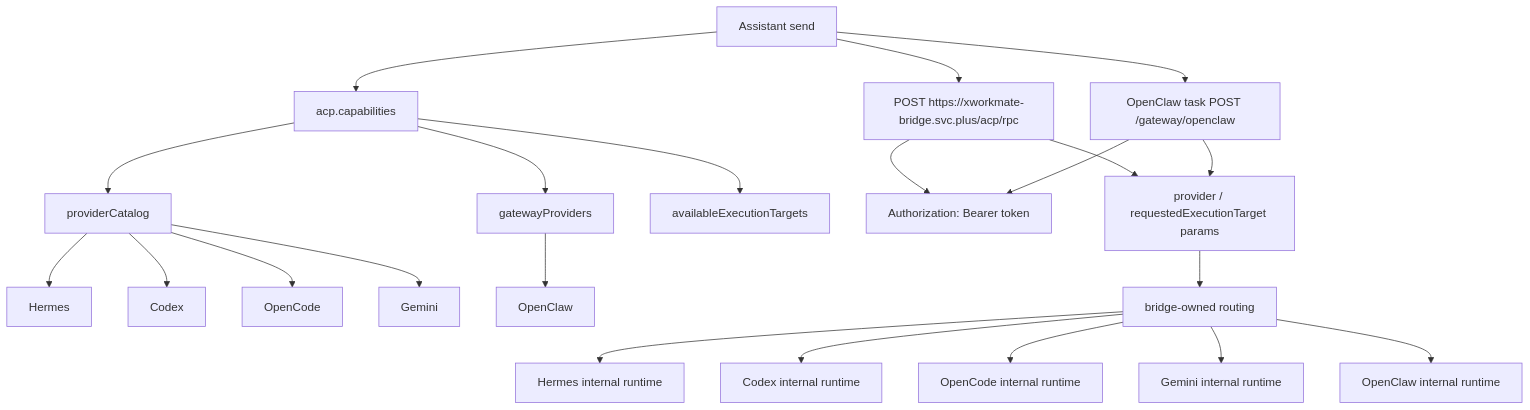
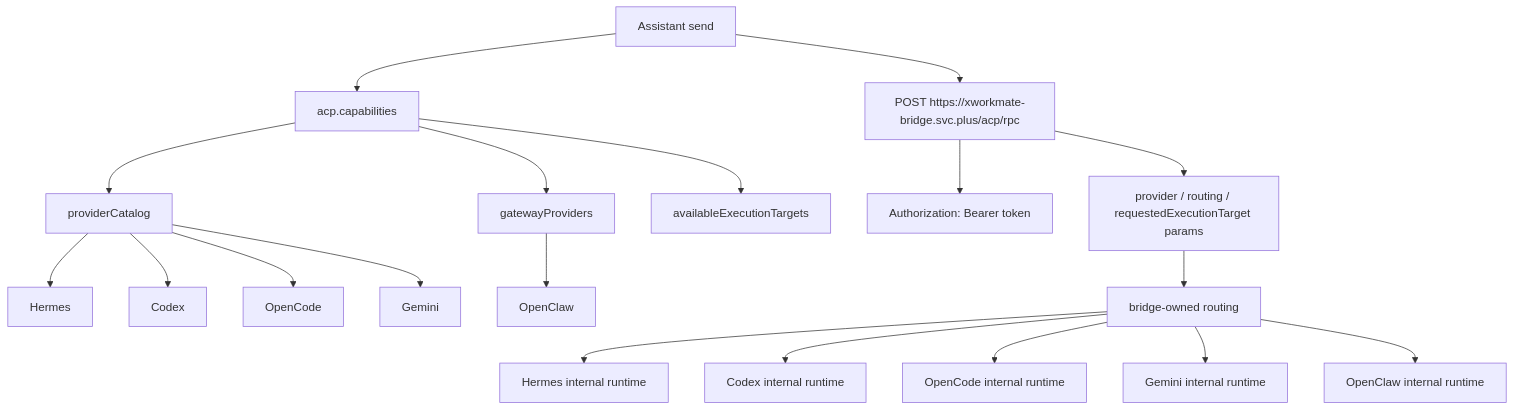
One commit to ai-workspace-lab/xworkmate-app changed the diagram in docs/architecture/bridge-runtime-routing-map.md. Above: the diagram before and after it, drawn with Mermaid. The commit also changed other lines of this file and 9 other files, not shown here.

Commit message:
Remove OpenClaw direct ACP route

````diff
--- a/docs/architecture/bridge-runtime-routing-map.md
+++ b/docs/architecture/bridge-runtime-routing-map.md
@@ -11,27 +11,24 @@
 ```mermaid
 flowchart TD
   A["Assistant send"] --> B["acp.capabilities"]
   B --> C["providerCatalog"]
   B --> D["gatewayProviders"]
   B --> E["availableExecutionTargets"]
 
   C --> F["Hermes"]
   C --> G["Codex"]
   C --> H["OpenCode"]
   C --> I["Gemini"]
   D --> J["OpenClaw"]
 
   A --> P["POST https://xworkmate-bridge.svc.plus/acp/rpc"]
-  A --> T["OpenClaw task POST /gateway/openclaw"]
   P --> Q["Authorization: Bearer token"]
-  T --> Q
-  P --> R["provider / requestedExecutionTarget params"]
-  T --> R
+  P --> R["provider / routing / requestedExecutionTarget params"]
   R --> S["bridge-owned routing"]
 
   S --> K["Hermes internal runtime"]
   S --> L["Codex internal runtime"]
   S --> M["OpenCode internal runtime"]
   S --> N["Gemini internal runtime"]
   S --> O["OpenClaw internal runtime"]
 ```
````
